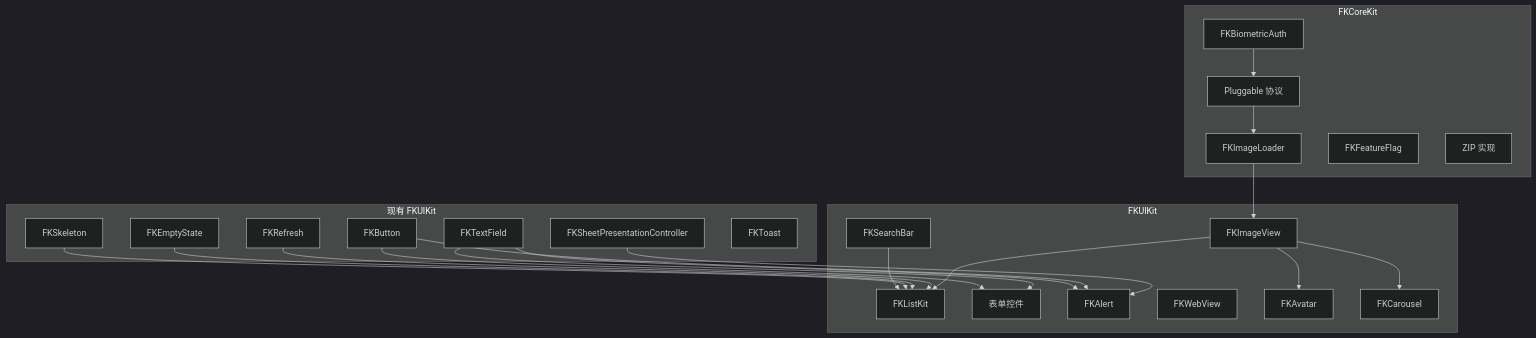
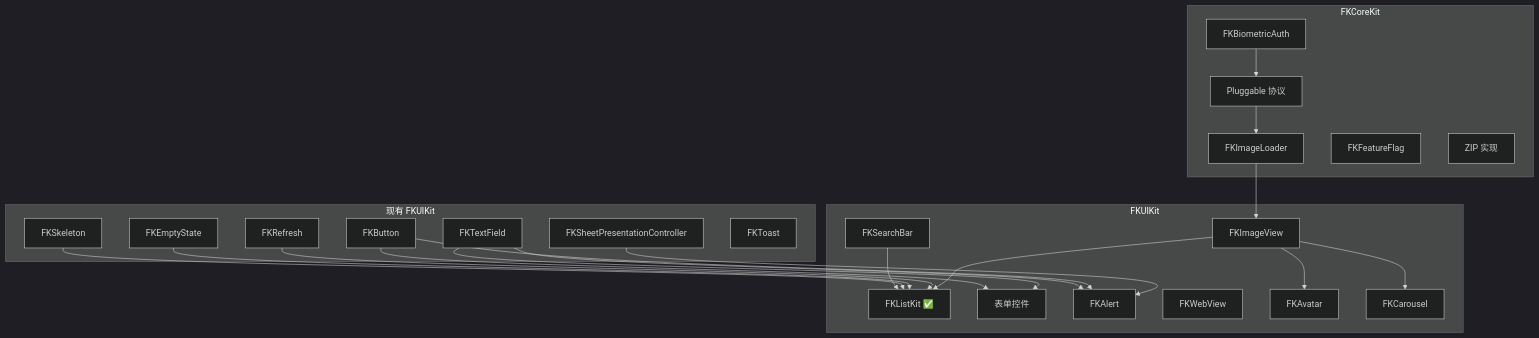
One commit to feng-zhang0712/FKKit changed the diagram in docs/COMPONENT_ROADMAP.zh-CN.md. Above: the diagram before and after it, drawn with Mermaid (dark theme). The commit also changed other lines of this file and 33 other files, not shown here.

First line of the commit message:
feat(ListKit): expand presets, collection APIs, and example coverage

````diff
--- a/docs/COMPONENT_ROADMAP.zh-CN.md
+++ b/docs/COMPONENT_ROADMAP.zh-CN.md
@@ -626,51 +605,51 @@
 ```mermaid
 flowchart TB
   subgraph core [FKCoreKit]
     ImageLoader[FKImageLoader]
     Biometric[FKBiometricAuth]
     FeatureFlag[FKFeatureFlag]
     ZIP[ZIP 实现]
     Pluggable[Pluggable 协议]
   end
 
   subgraph ui [FKUIKit]
     ImageView[FKImageView]
-    ListKit[FKListKit]
+    ListKit[FKListKit ✅]
     SearchBar[FKSearchBar]
     FormControls[表单控件]
     Alert[FKAlert]
     WebView[FKWebView]
     Avatar[FKAvatar]
     Carousel[FKCarousel]
   end
 
   subgraph existing [现有 FKUIKit]
     Refresh[FKRefresh]
     EmptyState[FKEmptyState]
     Skeleton[FKSkeleton]
     Sheet[FKSheetPresentationController]
     TextField[FKTextField]
     Button[FKButton]
     Toast[FKToast]
   end
 
   Pluggable --> ImageLoader
   ImageLoader --> ImageView
   ImageView --> Avatar
   ImageView --> Carousel
   ImageView --> ListKit
 
   Refresh --> ListKit
   EmptyState --> ListKit
   Skeleton --> ListKit
   SearchBar --> ListKit
 
   Sheet --> Alert
   Button --> Alert
   TextField --> Alert
 
   TextField --> FormControls
   Button --> FormControls
 
   Biometric --> Pluggable
 ```
````
